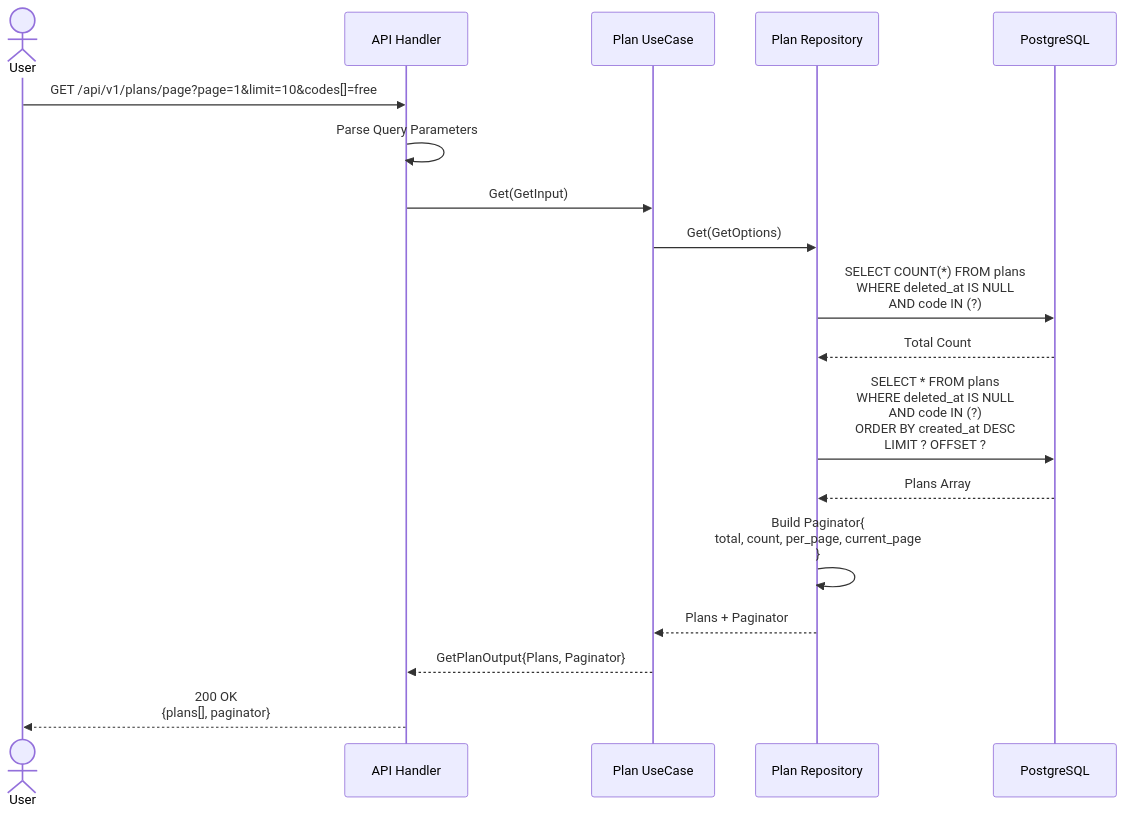
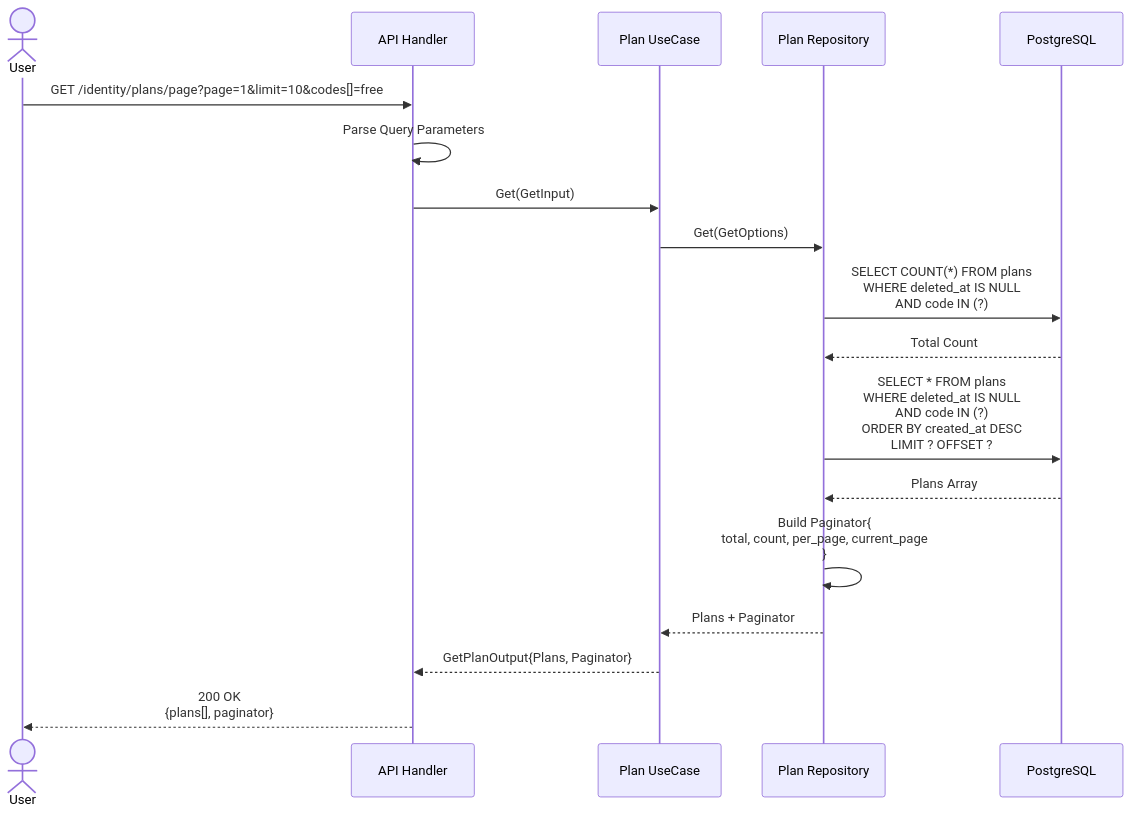
The sixth of 12 diagrams in identity/document/api_01_sequence_diagrams.md (smap-hcmut/identity-srv), drawn with Mermaid before and after one commit. The commit also changed other lines of this file and 37 other files, not shown here.

Commit message:
feat(identity): refactor API endpoints to use /identity base path; update documentation and handlers for authentication, plans, and subscriptions; implement role-based access control with user roles and password management features

````diff
--- a/identity/document/api_01_sequence_diagrams.md
+++ b/identity/document/api_01_sequence_diagrams.md
@@ -352,24 +352,24 @@
 ```mermaid
 sequenceDiagram
     actor User
     participant API as API Handler
     participant PlanUC as Plan UseCase
     participant PlanRepo as Plan Repository
     participant DB as PostgreSQL
 
-    User->>API: GET /api/v1/plans/page?page=1&limit=10&codes[]=free
+    User->>API: GET /identity/plans/page?page=1&limit=10&codes[]=free
     API->>API: Parse Query Parameters
     API->>PlanUC: Get(GetInput)
     
     PlanUC->>PlanRepo: Get(GetOptions)
     PlanRepo->>DB: SELECT COUNT(*) FROM plans<br/>WHERE deleted_at IS NULL<br/>AND code IN (?)
     DB-->>PlanRepo: Total Count
     
     PlanRepo->>DB: SELECT * FROM plans<br/>WHERE deleted_at IS NULL<br/>AND code IN (?)<br/>ORDER BY created_at DESC<br/>LIMIT ? OFFSET ?
     DB-->>PlanRepo: Plans Array
     
     PlanRepo->>PlanRepo: Build Paginator{<br/>  total, count, per_page, current_page<br/>}
     PlanRepo-->>PlanUC: Plans + Paginator
     PlanUC-->>API: GetPlanOutput{Plans, Paginator}
     API-->>User: 200 OK<br/>{plans[], paginator}
 ```
````
